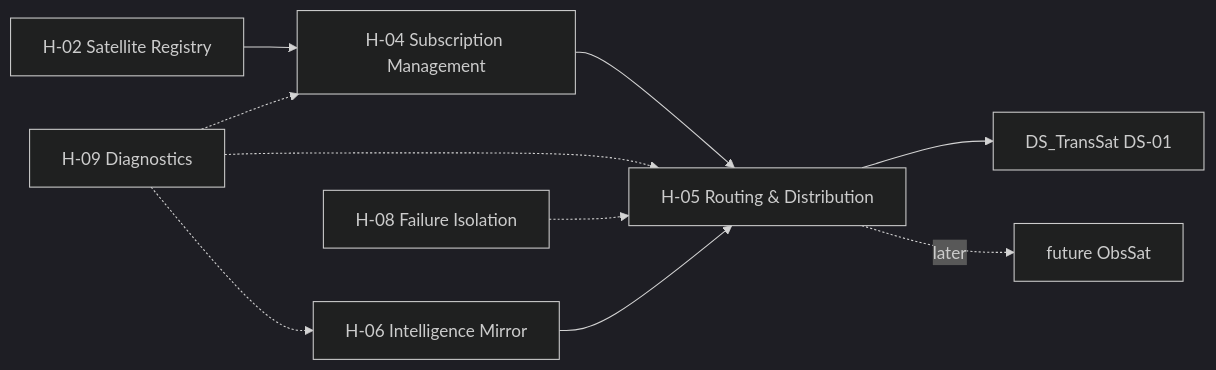
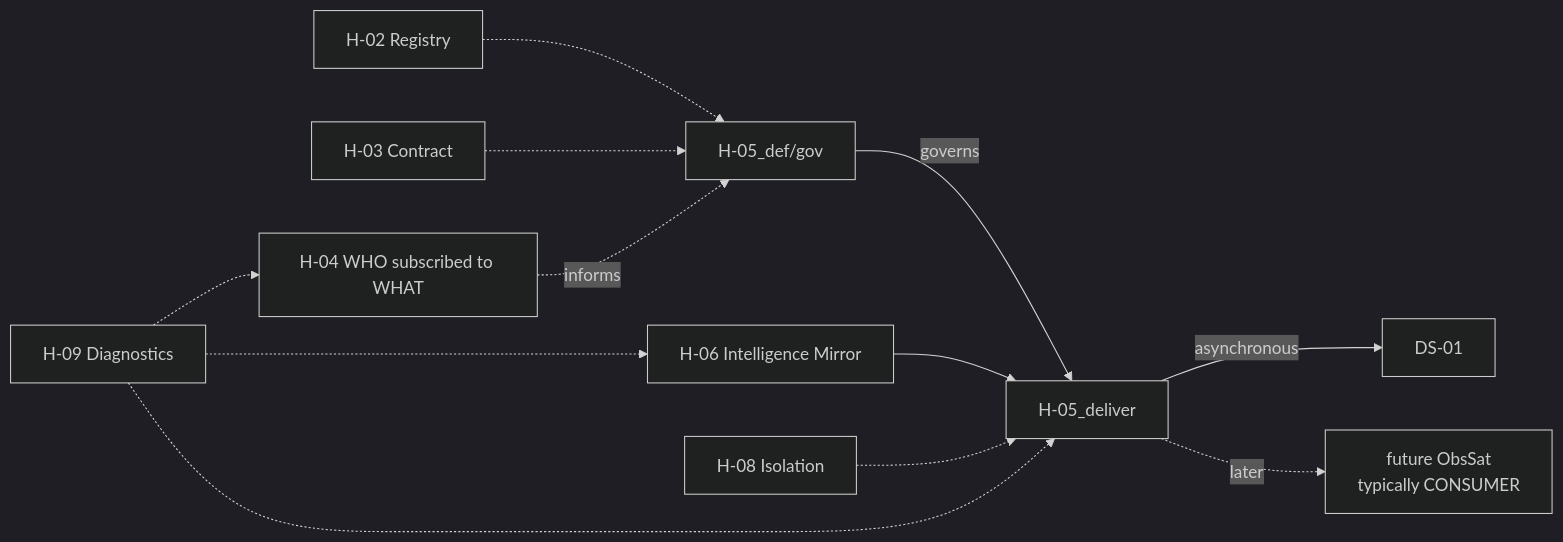
Before and after one commit to srao977/HACCAM: the fourth of 8 diagrams in docs/design/HACCAM_PROCESS_MODEL_V0_1_090726.md, drawn with Mermaid (dark theme). The commit also changed other lines of this file, not shown here.

````diff
--- a/docs/design/HACCAM_PROCESS_MODEL_V0_1_090726.md
+++ b/docs/design/HACCAM_PROCESS_MODEL_V0_1_090726.md
@@ -1226,12 +1619,14 @@
 ```mermaid
 flowchart LR
-    H02["H-02 Satellite Registry"] --> H04["H-04 Subscription Management"]
-    H06["H-06 Intelligence Mirror"] --> H05["H-05 Routing & Distribution"]
-    H04 --> H05
-    H05 --> DS["DS_TransSat DS-01"]
-    H05 -.->|"later"| OBS["future ObsSat"]
-    H08["H-08 Failure Isolation"] -.-> H05
+    H02["H-02 Registry"] -.-> H05G["H-05_def/gov"]
+    H03["H-03 Contract"] -.-> H05G
+    H04["H-04 WHO subscribed to WHAT"] -.->|"informs"| H05G
+    H05G -->|"governs"| H05D["H-05_deliver"]
+    H06["H-06 Intelligence Mirror"] --> H05D
+    H05D -->|"asynchronous"| DS["DS-01"]
+    H05D -.->|"later"| OBS["future ObsSat<br/>typically CONSUMER"]
+    H08["H-08 Isolation"] -.-> H05D
     H09["H-09 Diagnostics"] -.-> H04
-    H09 -.-> H05
+    H09 -.-> H05D
     H09 -.-> H06
 ```
````
